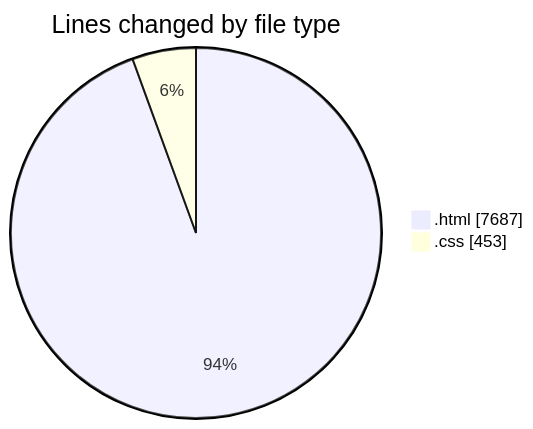
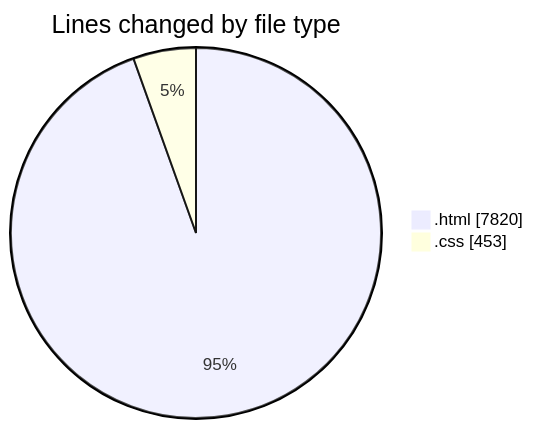
Before and after one commit to nxtqubesakshisongat/code-tracking: the first of 2 diagrams in 2025-08-09/nxtqube_webapp/README.md, drawn with Mermaid. The commit also changed other lines of this file and 1 other file, not shown here.

````diff
--- a/2025-08-09/nxtqube_webapp/README.md
+++ b/2025-08-09/nxtqube_webapp/README.md
@@ -23,6 +23,6 @@
 ```mermaid
 pie showData
 title Lines changed by file type
-".html" : 7687
+".html" : 7820
 ".css" : 453
 ```
````
